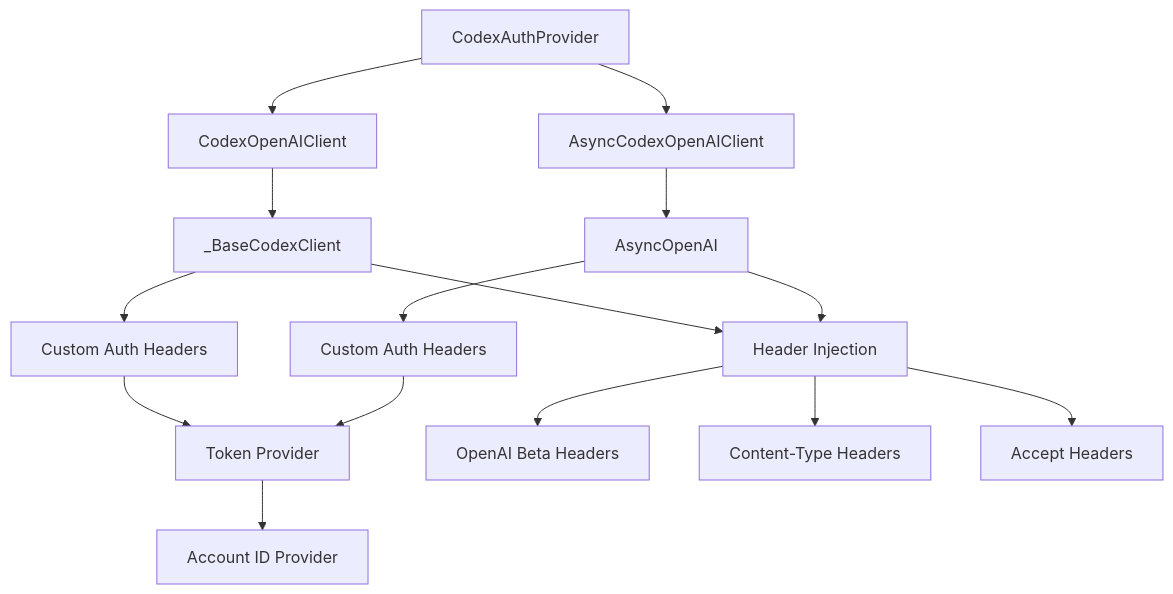
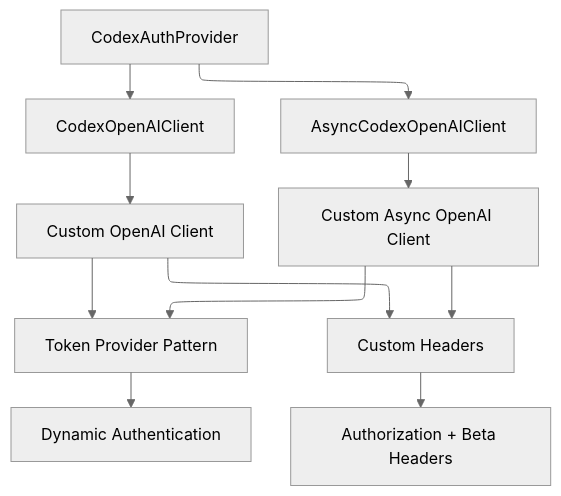
One commit to jslorrma/litellm-codex-oauth-provider changed the third of 5 diagrams in docs/architecture.md. Above: the diagram before and after it, drawn with Mermaid. The commit also changed other lines of this file and 2 other files, not shown here.

First line of the commit message:
docs: simplify and streamline architecture documentation

````diff
--- a/docs/architecture.md
+++ b/docs/architecture.md
@@ -105,21 +84,26 @@
 ```mermaid
+---
+config:
+  theme: neutral
+  layout: elk
+  elk:
+    nodeSpacing: 60
+    edgeSpacing: 50
+    layoutDirection: TB
+---
+
 graph TD
     A[CodexAuthProvider] --> B[CodexOpenAIClient]
     A --> C[AsyncCodexOpenAIClient]
 
-    B --> D[_BaseCodexClient]
-    C --> E[AsyncOpenAI]
+    B --> D[Custom OpenAI Client]
+    C --> E[Custom Async OpenAI Client]
 
-    D --> F[Custom Auth Headers]
-    E --> G[Custom Auth Headers]
+    D --> F[Token Provider Pattern]
+    E --> F
+    F --> G[Dynamic Authentication]
 
-    F --> H[Token Provider]
-    G --> H
-    H --> I[Account ID Provider]
-
-    D --> J[Header Injection]
-    E --> J
-    J --> K[OpenAI Beta Headers]
-    J --> L[Content-Type Headers]
-    J --> M[Accept Headers]
+    D --> H[Custom Headers]
+    E --> H
+    H --> I[Authorization + Beta Headers]
 ```
````
